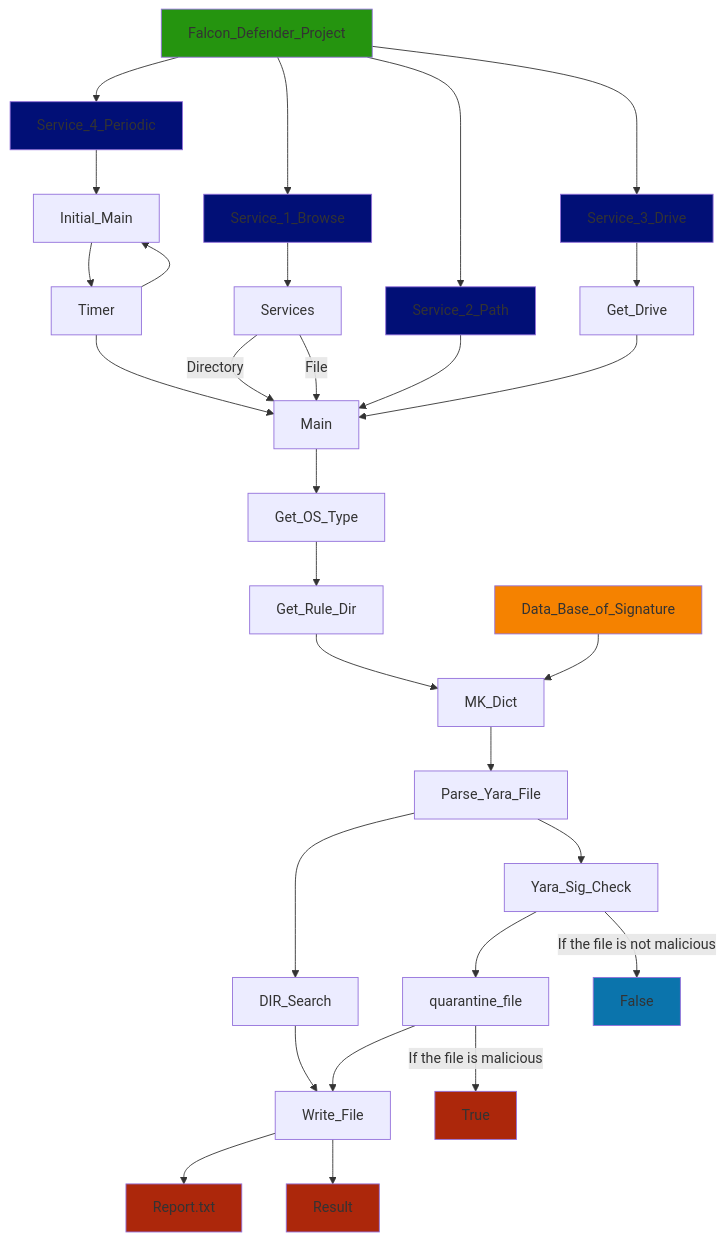
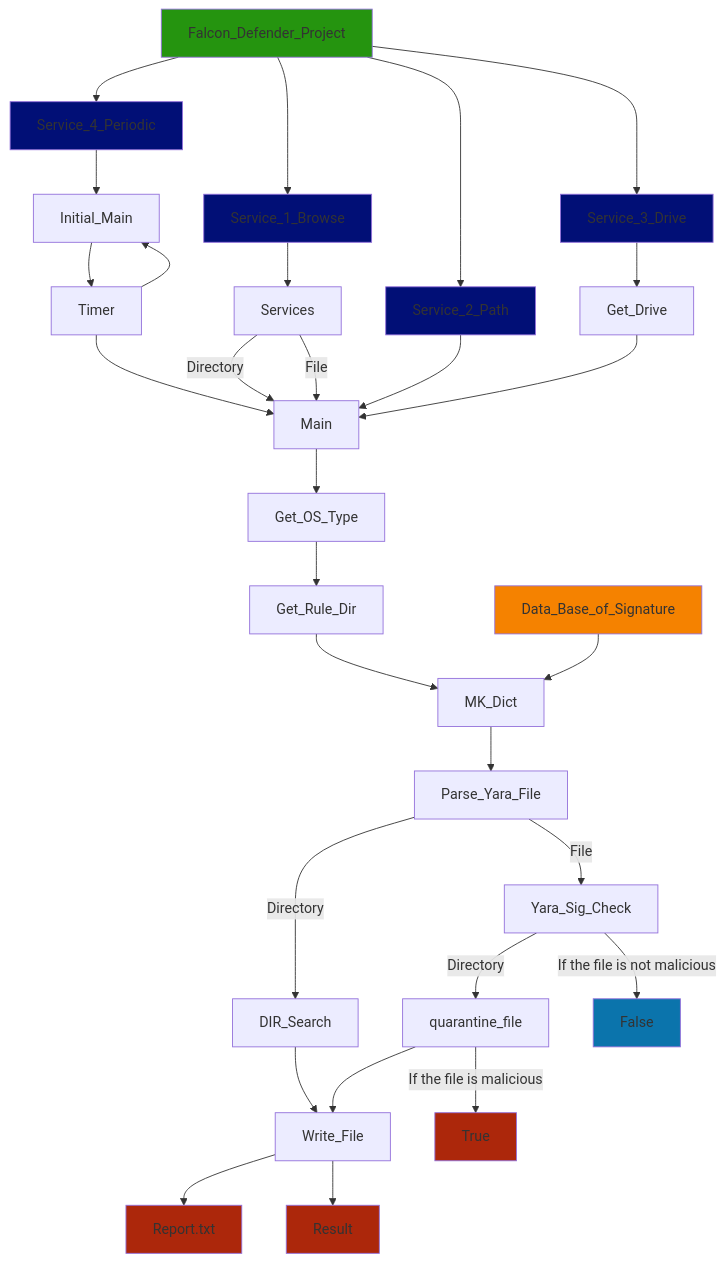
One commit to AyhamAsfoor/Falcon_Defender changed the diagram in README.md. Above: the diagram before and after it, drawn with Mermaid.

````diff
--- a/README.md
+++ b/README.md
@@ -68,42 +68,42 @@
 ```mermaid
 graph TD;
    Falcon_Defender_Project-->Service_1_Browse;
    Service_1_Browse-->Services;
    Falcon_Defender_Project-->Service_2_Path;
    Falcon_Defender_Project-->Service_3_Drive;
    Service_3_Drive-->Get_Drive;
    Falcon_Defender_Project-->Service_4_Periodic;
    Service_4_Periodic-->Initial_Main;
    Initial_Main-->Timer;
    Timer-->Initial_Main;
    Timer-->Main;
    Services-->|Directory| Main;
    Services-->|File| Main;
    Service_2_Path-->Main;
    Get_Drive-->Main;
    Main-->Get_OS_Type;
    Get_OS_Type-->Get_Rule_Dir;
    Get_Rule_Dir-->MK_Dict;
    Data_Base_of_Signature-->MK_Dict;
    MK_Dict-->Parse_Yara_File;
-   Parse_Yara_File-->DIR_Search;
-   Parse_Yara_File-->Yara_Sig_Check;
+   Parse_Yara_File-->|Directory| DIR_Search;
+   Parse_Yara_File-->|File| Yara_Sig_Check;
    DIR_Search-->Write_File;
-   Yara_Sig_Check-->quarantine_file;
+   Yara_Sig_Check-->|Directory| quarantine_file;
    quarantine_file-->Write_File;
    Yara_Sig_Check-->|If the file is not malicious| False;
    quarantine_file-->|If the file is malicious| True;
    Write_File-->Report_txt[Report.txt];
    Write_File-->Result[Result];
 
    style Falcon_Defender_Project fill:#25940f;
    style Service_1_Browse fill:#010f76;
    style Service_2_Path fill:#010f76;
    style Service_3_Drive fill:#010f76;
    style Service_4_Periodic fill:#010f76;
    style Data_Base_of_Signature fill:#f58200;
    style Report_txt fill:#ac270b;
    style Result fill:#ac270b;
    style True fill:#ac270b;
    style False fill:#0b74ac;
 ```
````
